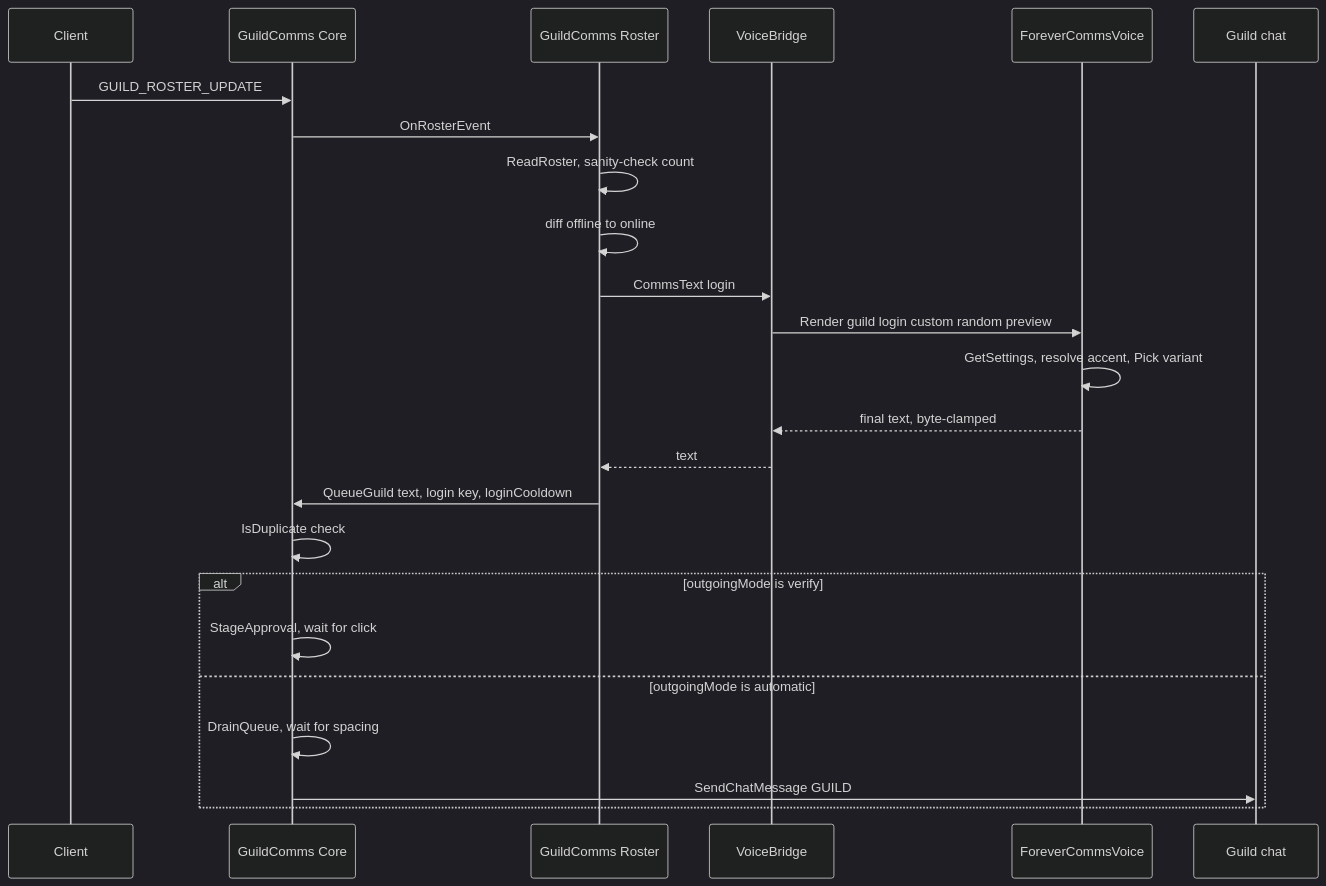
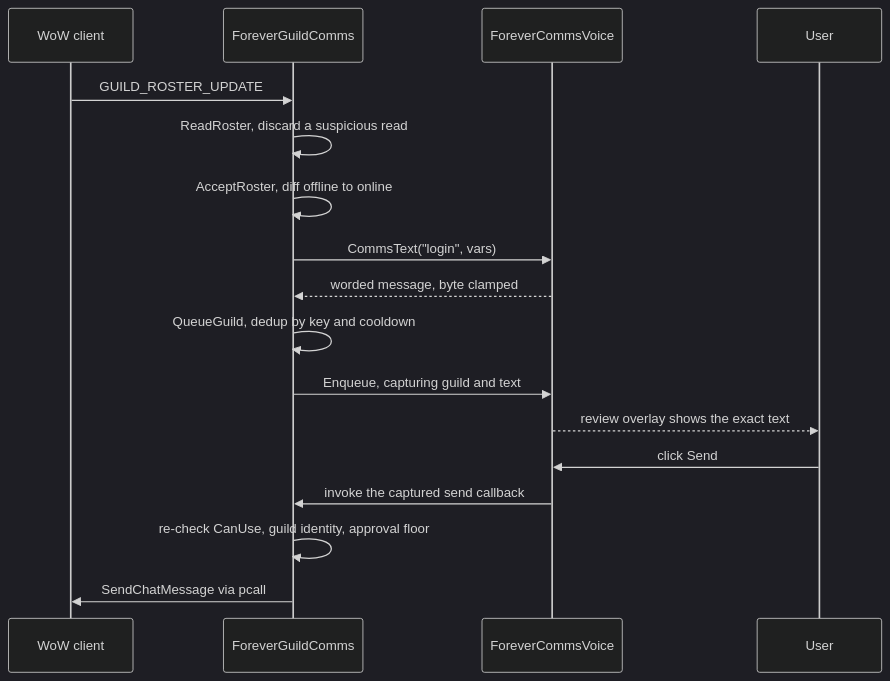
One commit to mreillyorg/ForeverCommsBundle changed the second of 3 diagrams in aidlc-docs/inception/reverse-engineering/architecture.md. Above: the diagram before and after it, drawn with Mermaid (dark theme). The commit also changed other lines of this file and 30 other files, not shown here.

````diff
--- a/aidlc-docs/inception/reverse-engineering/architecture.md
+++ b/aidlc-docs/inception/reverse-engineering/architecture.md
@@ -206,27 +109,19 @@
 ```mermaid
 sequenceDiagram
-    participant Client
-    participant GCore as GuildComms Core
-    participant GRoster as GuildComms Roster
-    participant Bridge as VoiceBridge
-    participant V as ForeverCommsVoice
-    participant Chat as Guild chat
-
-    Client->>GCore: GUILD_ROSTER_UPDATE
-    GCore->>GRoster: OnRosterEvent
-    GRoster->>GRoster: ReadRoster, sanity-check count
-    GRoster->>GRoster: diff offline to online
-    GRoster->>Bridge: CommsText login
-    Bridge->>V: Render guild login custom random preview
-    V->>V: GetSettings, resolve accent, Pick variant
-    V-->>Bridge: final text, byte-clamped
-    Bridge-->>GRoster: text
-    GRoster->>GCore: QueueGuild text, login key, loginCooldown
-    GCore->>GCore: IsDuplicate check
-    alt outgoingMode is verify
-        GCore->>GCore: StageApproval, wait for click
-    else outgoingMode is automatic
-        GCore->>GCore: DrainQueue, wait for spacing
-        GCore->>Chat: SendChatMessage GUILD
-    end
+    participant Client as WoW client
+    participant Guild as ForeverGuildComms
+    participant Voice as ForeverCommsVoice
+    participant User
+    Client->>Guild: GUILD_ROSTER_UPDATE
+    Guild->>Guild: ReadRoster, discard a suspicious read
+    Guild->>Guild: AcceptRoster, diff offline to online
+    Guild->>Voice: CommsText("login", vars)
+    Voice-->>Guild: worded message, byte clamped
+    Guild->>Guild: QueueGuild, dedup by key and cooldown
+    Guild->>Voice: Enqueue, capturing guild and text
+    Voice-->>User: review overlay shows the exact text
+    User->>Voice: click Send
+    Voice->>Guild: invoke the captured send callback
+    Guild->>Guild: re-check CanUse, guild identity, approval floor
+    Guild->>Client: SendChatMessage via pcall
 ```
````
